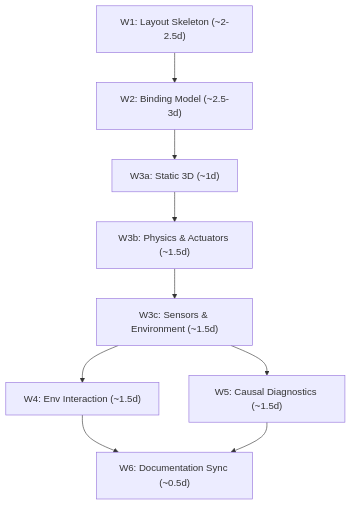
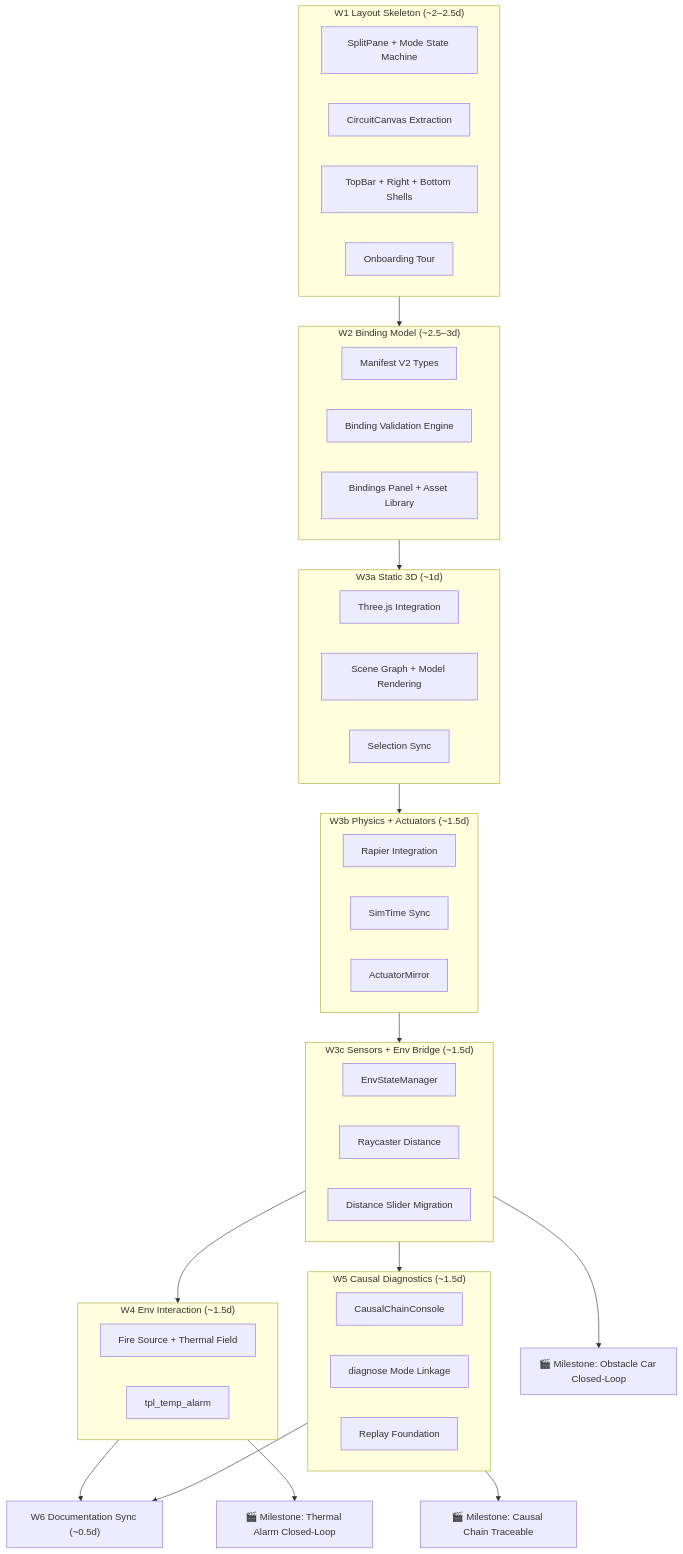
The second of 2 diagrams in docs/en/design/05-frontend-workbench/03-dual-viewport-phased-design/00-master-plan.md (ailuhaosi/wink-ai-embedded), drawn with Mermaid before and after one commit. The commit also changed other lines of this file and 33 other files, not shown here.

Commit message:
docs: establish UniSim design specifications and frontend workbench architectural documentation.

````diff
--- a/docs/en/design/05-frontend-workbench/03-dual-viewport-phased-design/00-master-plan.md
+++ b/docs/en/design/05-frontend-workbench/03-dual-viewport-phased-design/00-master-plan.md
@@ -96,11 +373,56 @@
 ```mermaid
 graph TD
-    W1["W1: Layout Skeleton (~2-2.5d)"] --> W2["W2: Binding Model (~2.5-3d)"]
-    W2 --> W3a["W3a: Static 3D (~1d)"]
-    W3a --> W3b["W3b: Physics & Actuators (~1.5d)"]
-    W3b --> W3c["W3c: Sensors & Environment (~1.5d)"]
-    W3c --> W4["W4: Env Interaction (~1.5d)"]
-    W3c --> W5["W5: Causal Diagnostics (~1.5d)"]
-    W4 --> W6["W6: Documentation Sync (~0.5d)"]
+    subgraph W1["W1 Layout Skeleton (~2–2.5d)"]
+        W1A["SplitPane + Mode State Machine"]
+        W1B["CircuitCanvas Extraction"]
+        W1C["TopBar + Right + Bottom Shells"]
+        W1D["Onboarding Tour"]
+    end
+
+    subgraph W2["W2 Binding Model (~2.5–3d)"]
+        W2A["Manifest V2 Types"]
+        W2B["Binding Validation Engine"]
+        W2C["Bindings Panel + Asset Library"]
+    end
+
+    subgraph W3a["W3a Static 3D (~1d)"]
+        W3aA["Three.js Integration"]
+        W3aB["Scene Graph + Model Rendering"]
+        W3aC["Selection Sync"]
+    end
+
+    subgraph W3b["W3b Physics + Actuators (~1.5d)"]
+        W3bA["Rapier Integration"]
+        W3bB["SimTime Sync"]
+        W3bC["ActuatorMirror"]
+    end
+
+    subgraph W3c["W3c Sensors + Env Bridge (~1.5d)"]
+        W3cA["EnvStateManager"]
+        W3cB["Raycaster Distance"]
+        W3cC["Distance Slider Migration"]
+    end
+
+    subgraph W4["W4 Env Interaction (~1.5d)"]
+        W4A["Fire Source + Thermal Field"]
+        W4B["tpl_temp_alarm"]
+    end
+
+    subgraph W5["W5 Causal Diagnostics (~1.5d)"]
+        W5A["CausalChainConsole"]
+        W5B["diagnose Mode Linkage"]
+        W5C["Replay Foundation"]
+    end
+
+    W6["W6 Documentation Sync (~0.5d)"]
+
+    W1 --> W2 --> W3a --> W3b --> W3c
+    W3c --> W4
+    W3c --> W5
+    W4 --> W6
     W5 --> W6
+
+    W3c --> MS1[🎬 Milestone: Obstacle Car Closed-Loop]
+    W4 --> MS2[🎬 Milestone: Thermal Alarm Closed-Loop]
+    W5 --> MS3[🎬 Milestone: Causal Chain Traceable]
 ```
````
